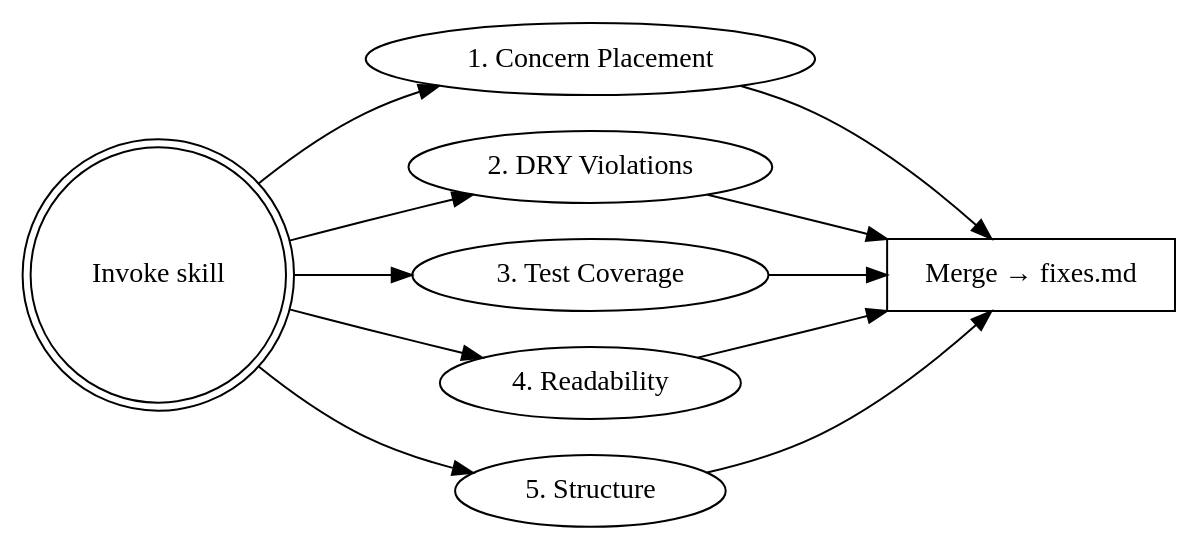
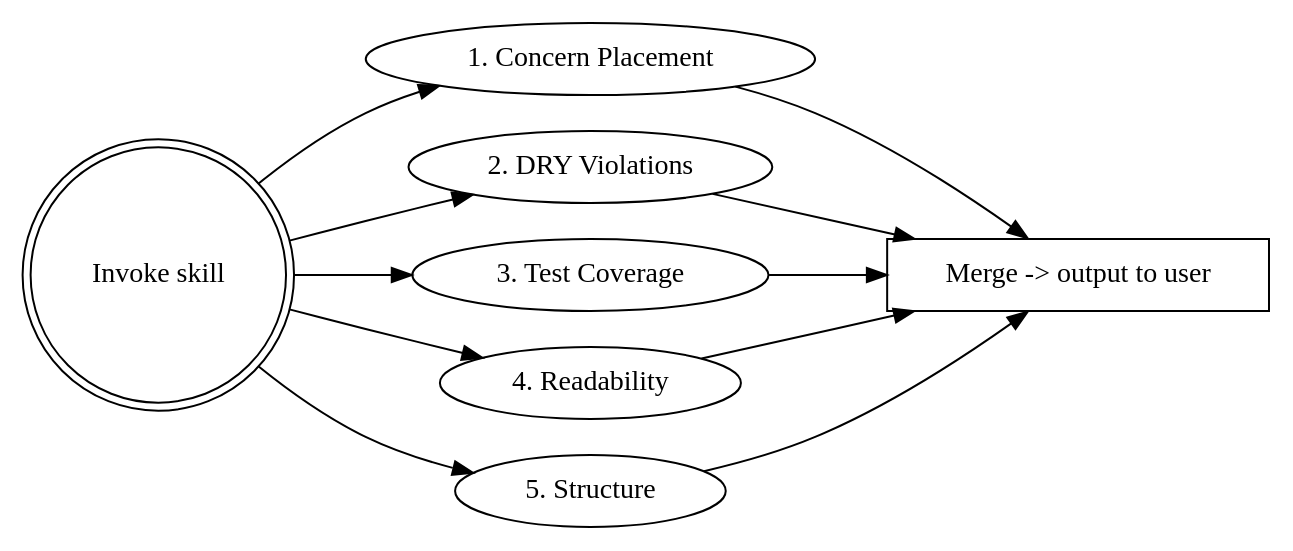
Before and after one commit to jparr721/skills: the diagram in nextjs-code-quality-audit/SKILL.md, drawn with Graphviz. The commit also changed other lines of this file, not shown here.

````diff
--- a/nextjs-code-quality-audit/SKILL.md
+++ b/nextjs-code-quality-audit/SKILL.md
@@ -25,19 +25,19 @@
 ```dot
 digraph audit {
   rankdir=LR;
   start [label="Invoke skill" shape=doublecircle];
   a1 [label="1. Concern Placement"];
   a2 [label="2. DRY Violations"];
   a3 [label="3. Test Coverage"];
   a4 [label="4. Readability"];
   a5 [label="5. Structure"];
-  merge [label="Merge → fixes.md" shape=box];
+  merge [label="Merge -> output to user" shape=box];
 
   start -> {a1 a2 a3 a4 a5};
   a1 -> merge;
   a2 -> merge;
   a3 -> merge;
   a4 -> merge;
   a5 -> merge;
 }
 ```
````
